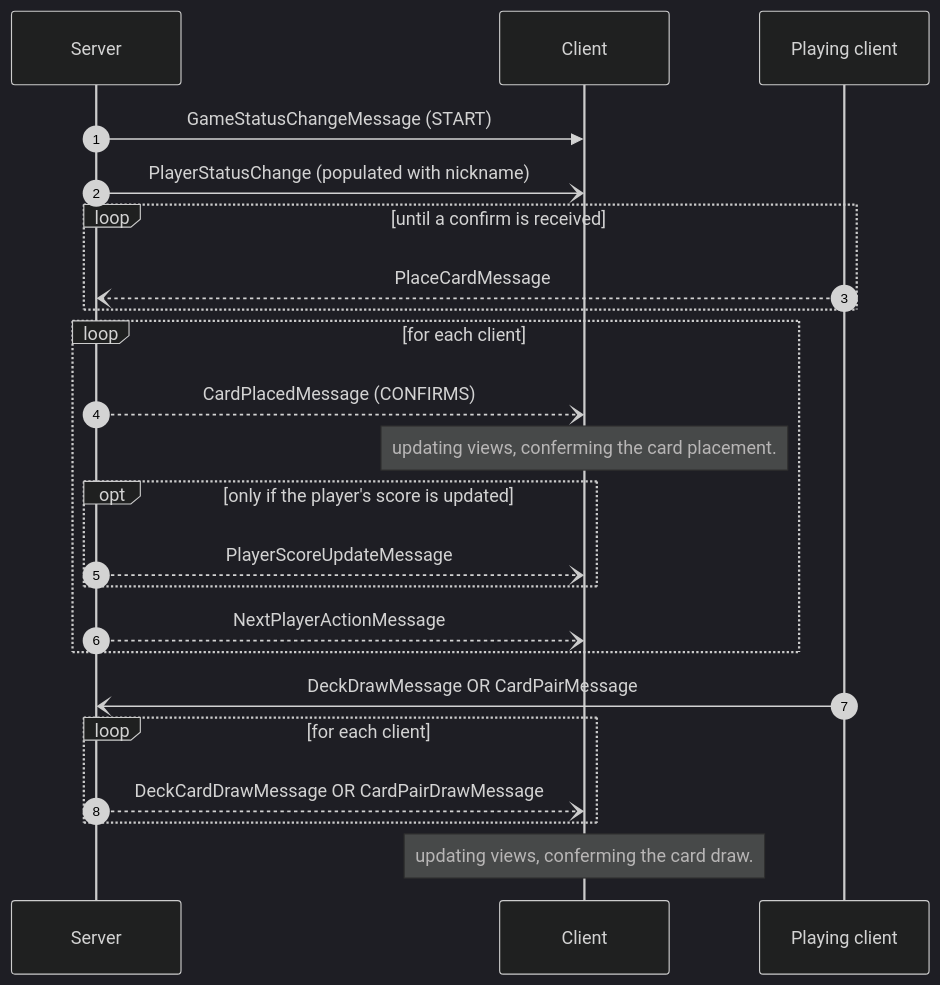
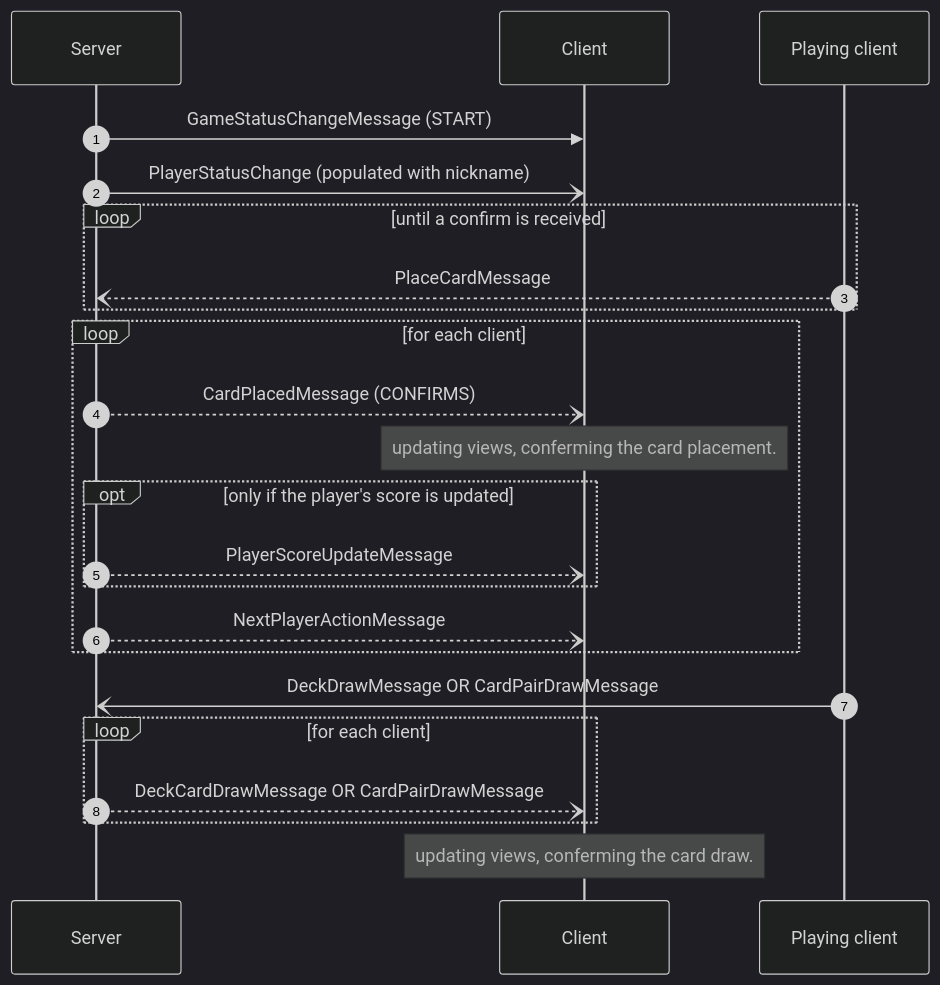
One commit to frephs/IS24-AM21 changed the second of 5 diagrams in documentation_wip/network_protocol.md. Above: the diagram before and after it, drawn with Mermaid (dark theme). The commit also changed other lines of this file, not shown here.

````diff
--- a/documentation_wip/network_protocol.md
+++ b/documentation_wip/network_protocol.md
@@ -58,31 +58,31 @@
 ```mermaid
 sequenceDiagram
     # Game Start
     autonumber
     Server ->> Client : GameStatusChangeMessage (START)
     
     Server -) Client : PlayerStatusChange (populated with nickname)
     
     loop until a confirm is received 
         Playing client --) Server : PlaceCardMessage
     end
     loop for each client
         Server --) Client : CardPlacedMessage (CONFIRMS)
     Note over Client: updating views,  conferming the card placement.
     opt only if the player's score is updated
     Server --) Client : PlayerScoreUpdateMessage
     end
     Server --) Client : NextPlayerActionMessage
     end 
     
 
-    Playing client -) Server : DeckDrawMessage OR CardPairMessage
+    Playing client -) Server : DeckDrawMessage OR CardPairDrawMessage
     loop for each client
     Server --) Client : DeckCardDrawMessage OR CardPairDrawMessage
     end 
     Note over Client: updating views,  conferming the card draw.
 
 
 
 
 ```
````
